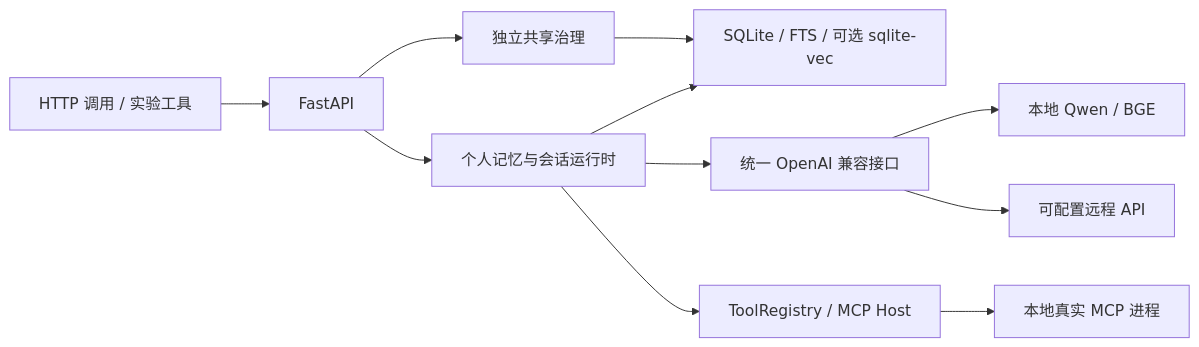
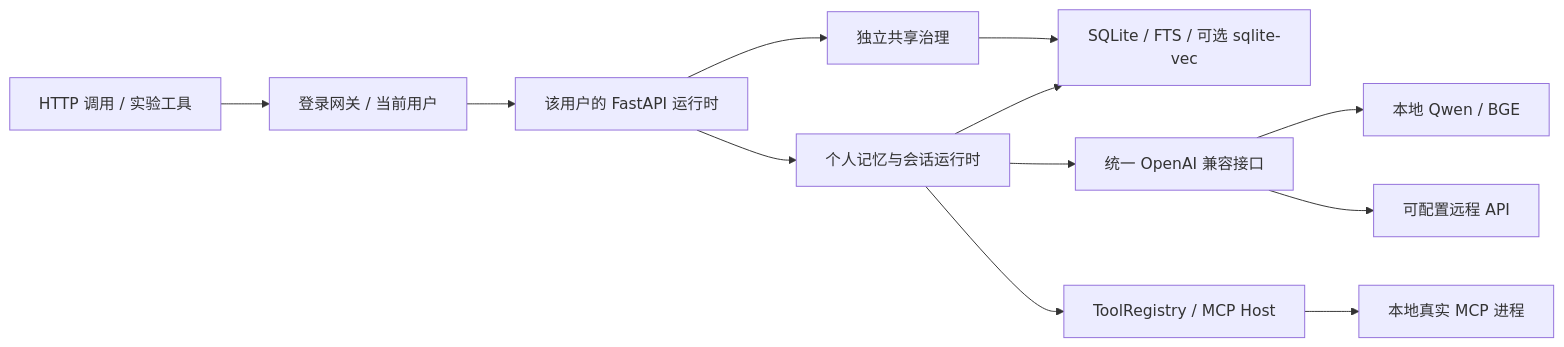
One commit to ZJ331456/Memoria changed the diagram in docs/implemented/系统架构与实现说明.md. Above: the diagram before and after it, drawn with Mermaid. The commit also changed other lines of this file and 43 other files, not shown here.

````diff
--- a/docs/implemented/系统架构与实现说明.md
+++ b/docs/implemented/系统架构与实现说明.md
@@ -5,13 +5,14 @@
 ```mermaid
 flowchart LR
-    Client[HTTP 调用 / 实验工具] --> API[FastAPI]
+    Client[HTTP 调用 / 实验工具] --> Login[登录网关 / 当前用户]
+    Login --> API[该用户的 FastAPI 运行时]
     API --> Personal[个人记忆与会话运行时]
     API --> Shared[独立共享治理]
     Personal --> Store[SQLite / FTS / 可选 sqlite-vec]
     Shared --> Store
     Personal --> Model[统一 OpenAI 兼容接口]
     Model --> Local[本地 Qwen / BGE]
     Model --> Remote[可配置远程 API]
     Personal --> Tools[ToolRegistry / MCP Host]
     Tools --> MCP[本地真实 MCP 进程]
 ```
````
